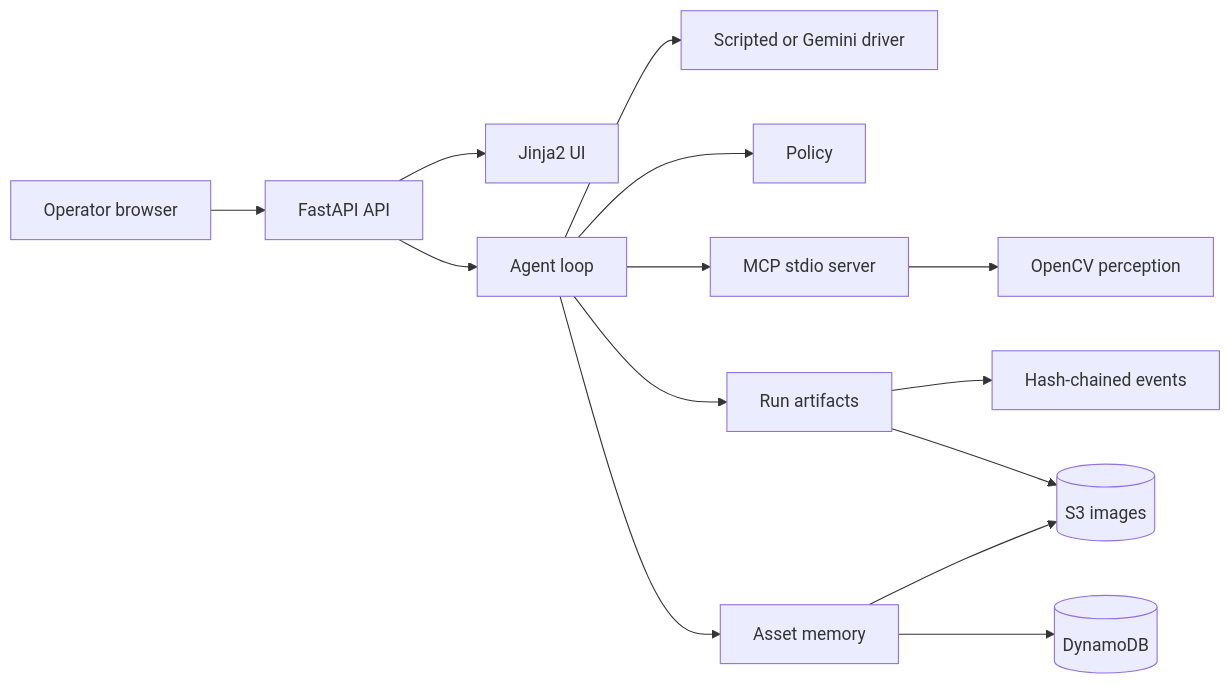
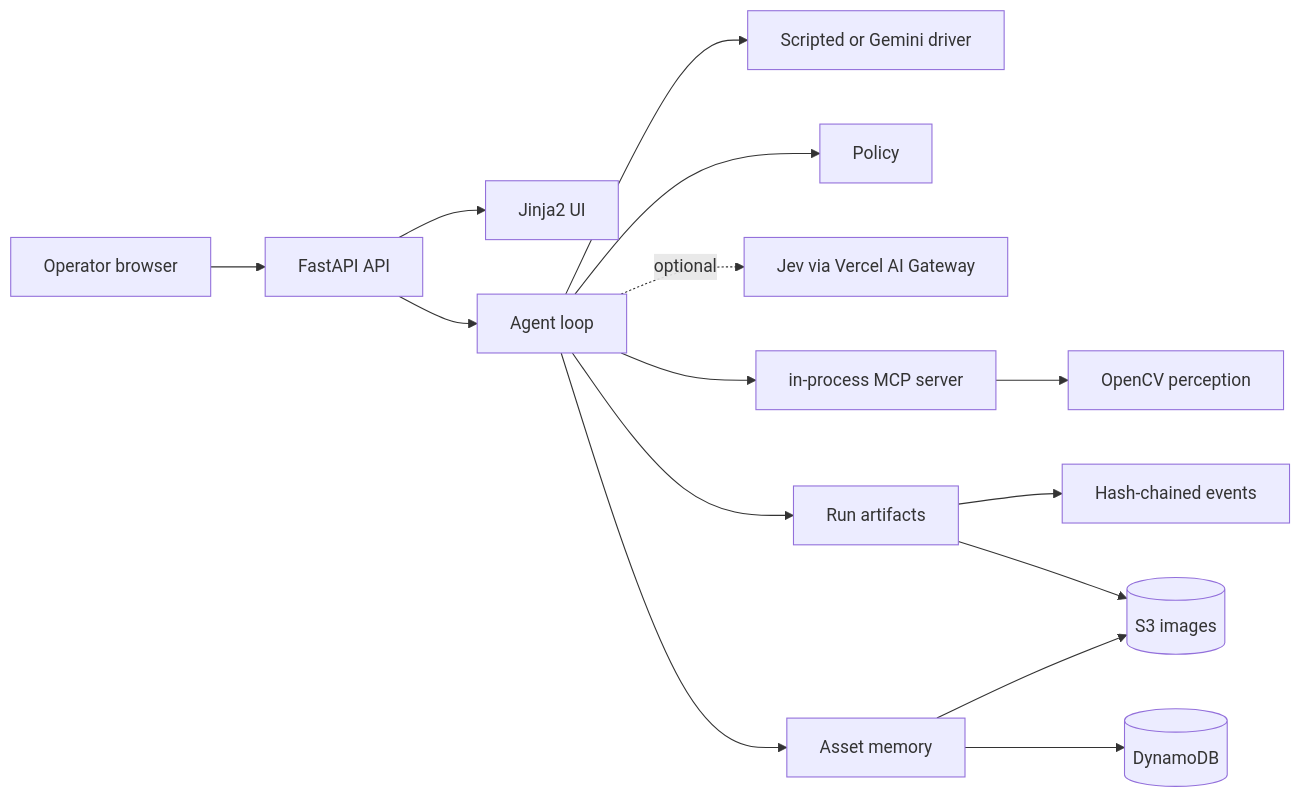
The first of 3 diagrams in docs/ARCHITECTURE.md (gmassello/afterimage), drawn with Mermaid before and after one commit. The commit also changed other lines of this file and 64 other files, not shown here.

````diff
--- a/docs/ARCHITECTURE.md
+++ b/docs/ARCHITECTURE.md
@@ -13,16 +14,17 @@
 ```mermaid
 flowchart LR
     Browser[Operator browser] --> API[FastAPI API]
     API --> UI[Jinja2 UI]
     API --> Loop[Agent loop]
     Loop --> LLM[Scripted or Gemini driver]
     Loop --> Policy[Policy]
-    Loop --> MCP[MCP stdio server]
+    Loop -. optional .-> Jev[Jev via Vercel AI Gateway]
+    Loop --> MCP[in-process MCP server]
     MCP --> Perception[OpenCV perception]
     Loop --> Runs[Run artifacts]
     Loop --> Memory[Asset memory]
     Memory --> DDB[(DynamoDB)]
     Memory --> S3[(S3 images)]
     Runs --> S3
     Runs --> Trace[Hash-chained events]
 ```
````
